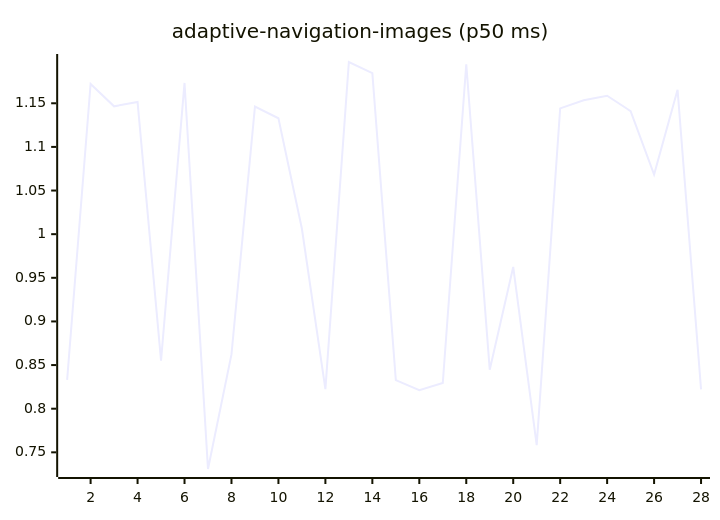
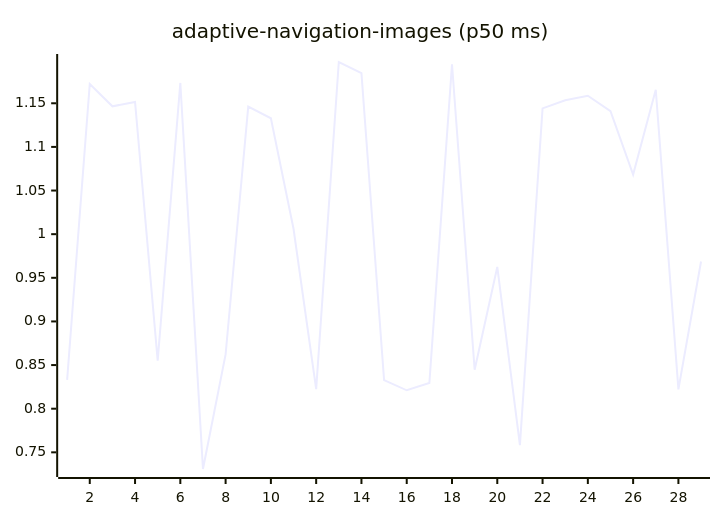
Before and after one commit to josha/Facet: the first of 27 diagrams in README.md, drawn with Mermaid. The commit also changed other lines of this file and 2 other files, not shown here.

````diff
--- a/README.md
+++ b/README.md
@@ -63,6 +63,6 @@
 ```mermaid
 xychart-beta
     title "adaptive-navigation-images (p50 ms)"
-    x-axis 1 --> 28
-    line [0.8330, 1.1721, 1.1465, 1.1515, 0.8551, 1.1733, 0.7309, 0.8622, 1.1462, 1.1328, 1.0062, 0.8224, 1.1973, 1.1845, 0.8328, 0.8211, 0.8295, 1.1947, 0.8446, 0.9624, 0.7583, 1.1441, 1.1535, 1.1586, 1.1410, 1.0683, 1.1655, 0.8222]
+    x-axis 1 --> 29
+    line [0.8330, 1.1721, 1.1465, 1.1515, 0.8551, 1.1733, 0.7309, 0.8622, 1.1462, 1.1328, 1.0062, 0.8224, 1.1973, 1.1845, 0.8328, 0.8211, 0.8295, 1.1947, 0.8446, 0.9624, 0.7583, 1.1441, 1.1535, 1.1586, 1.1410, 1.0683, 1.1655, 0.8222, 0.9687]
 ```
````
